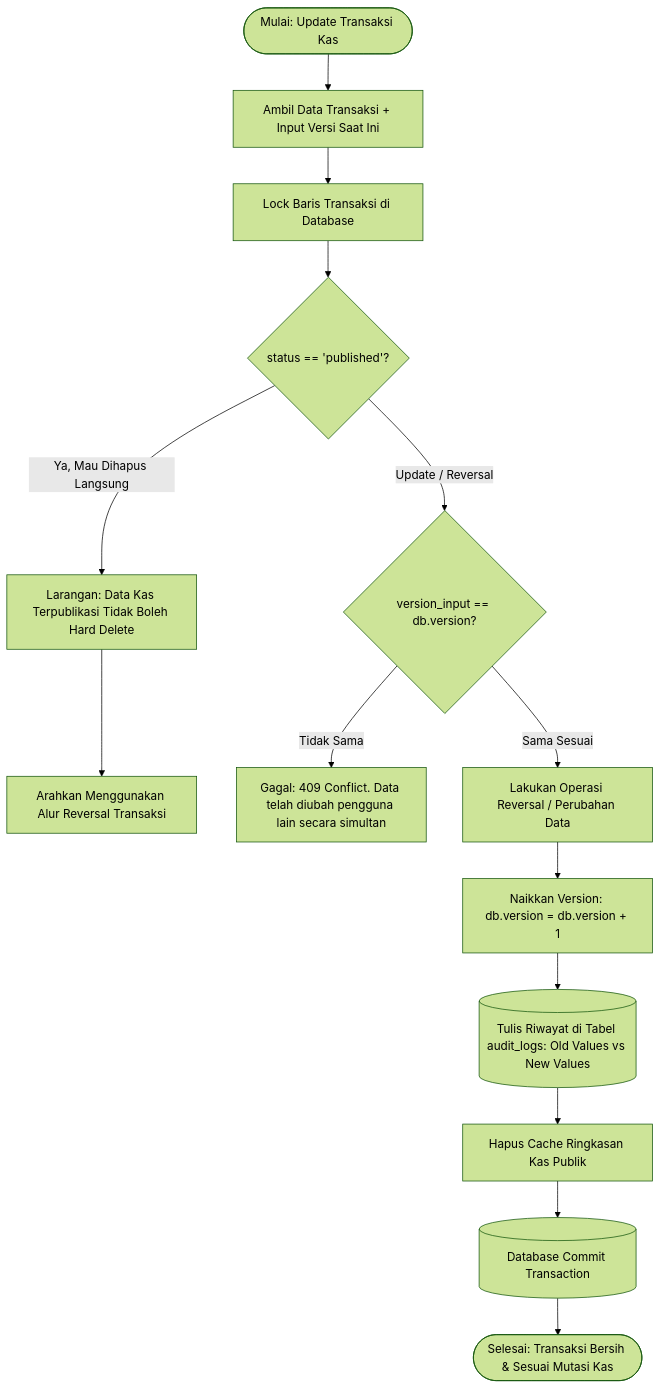
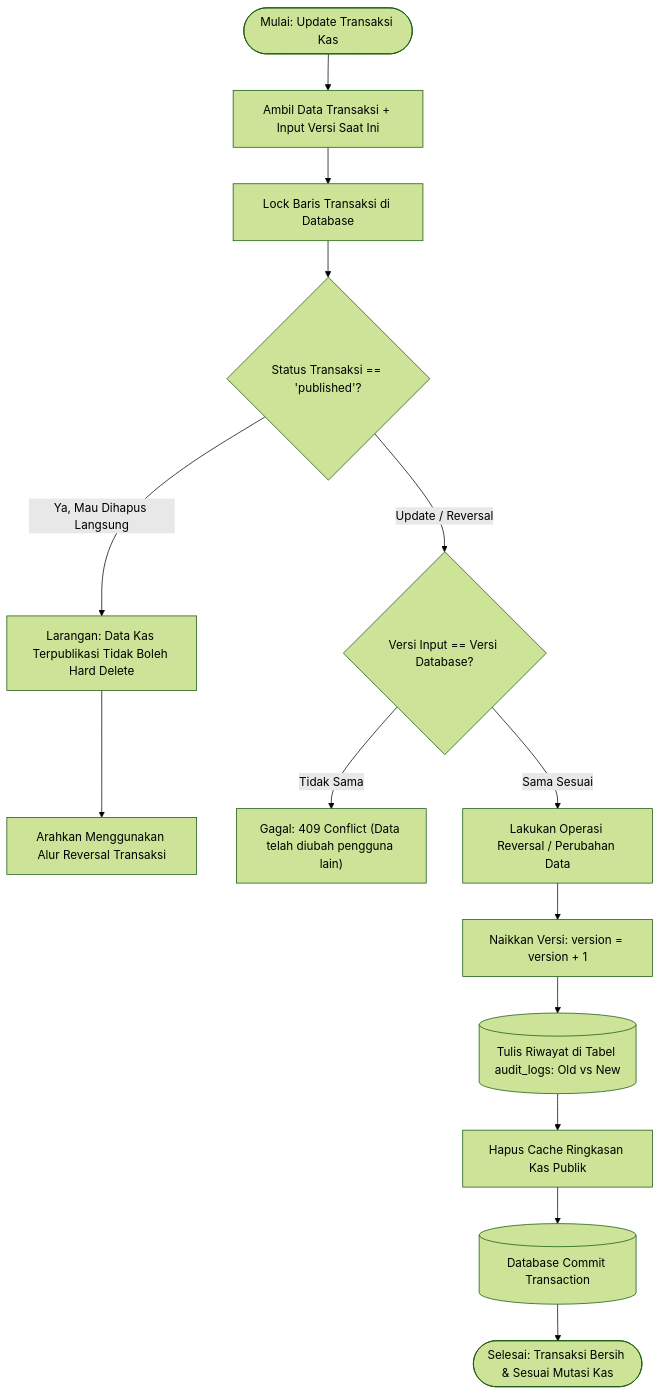
The eighth of 8 diagrams in README.md (not162/platform-layanan-publik-warga), drawn with Mermaid (forest theme) before and after one commit. The commit also changed other lines of this file, not shown here.

Commit message:
fix(docs): quote all mermaid node labels and conditions to fix GitHub rich display parser

````diff
--- a/README.md
+++ b/README.md
@@ -554,19 +554,19 @@
 ```mermaid
 flowchart TD
-    Start([Mulai: Update Transaksi Kas]) --> Q1[Ambil Data Transaksi + Input Versi Saat Ini]
-    Q1 --> Lock[Lock Baris Transaksi di Database]
-    Lock --> C1{status == 'published'?}
+    Start(["Mulai: Update Transaksi Kas"]) --> Q1["Ambil Data Transaksi + Input Versi Saat Ini"]
+    Q1 --> Lock["Lock Baris Transaksi di Database"]
+    Lock --> C1{"Status Transaksi == 'published'?"}
     
-    C1 -- Ya, Mau Dihapus Langsung --> RejectDel[Larangan: Data Kas Terpublikasi Tidak Boleh Hard Delete]
-    RejectDel --> ReversalReq[Arahkan Menggunakan Alur Reversal Transaksi]
+    C1 -- "Ya, Mau Dihapus Langsung" --> RejectDel["Larangan: Data Kas Terpublikasi Tidak Boleh Hard Delete"]
+    RejectDel --> ReversalReq["Arahkan Menggunakan Alur Reversal Transaksi"]
     
-    C1 -- Update / Reversal --> C2{version_input == db.version?}
-    C2 -- Tidak Sama --> Conflict[Gagal: 409 Conflict. Data telah diubah pengguna lain secara simultan]
+    C1 -- "Update / Reversal" --> C2{"Versi Input == Versi Database?"}
+    C2 -- "Tidak Sama" --> Conflict["Gagal: 409 Conflict (Data telah diubah pengguna lain)"]
     
-    C2 -- Sama Sesuai --> Exec[Lakukan Operasi Reversal / Perubahan Data]
-    Exec --> IncVersion[Naikkan Version: db.version = db.version + 1]
-    IncVersion --> Audit[(Tulis Riwayat di Tabel audit_logs: Old Values vs New Values)]
-    Audit --> CacheFlush[Hapus Cache Ringkasan Kas Publik]
-    CacheFlush --> Commit[(Database Commit Transaction)]
-    Commit --> Done([Selesai: Transaksi Bersih & Sesuai Mutasi Kas])
+    C2 -- "Sama Sesuai" --> Exec["Lakukan Operasi Reversal / Perubahan Data"]
+    Exec --> IncVersion["Naikkan Versi: version = version + 1"]
+    IncVersion --> Audit[("Tulis Riwayat di Tabel audit_logs: Old vs New")]
+    Audit --> CacheFlush["Hapus Cache Ringkasan Kas Publik"]
+    CacheFlush --> Commit[("Database Commit Transaction")]
+    Commit --> Done(["Selesai: Transaksi Bersih & Sesuai Mutasi Kas"])
 ```
````
